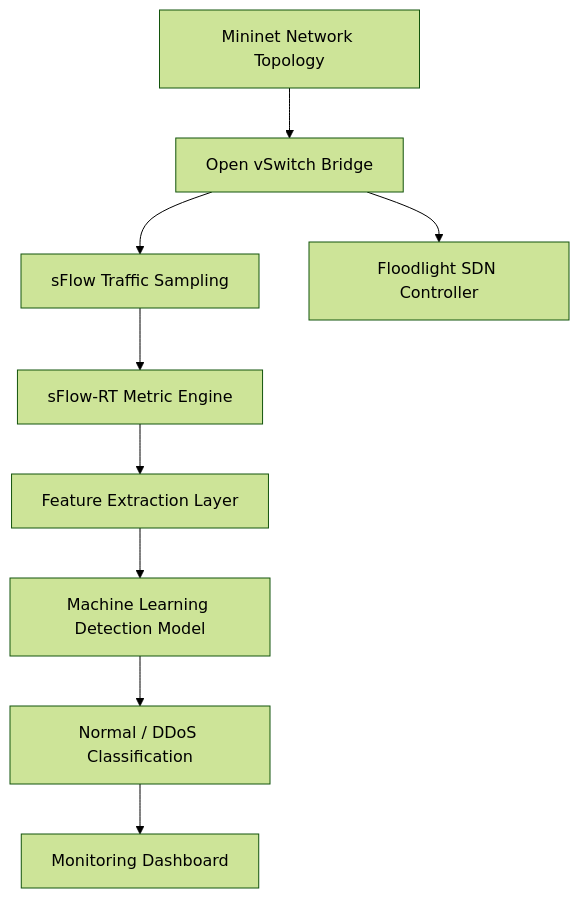
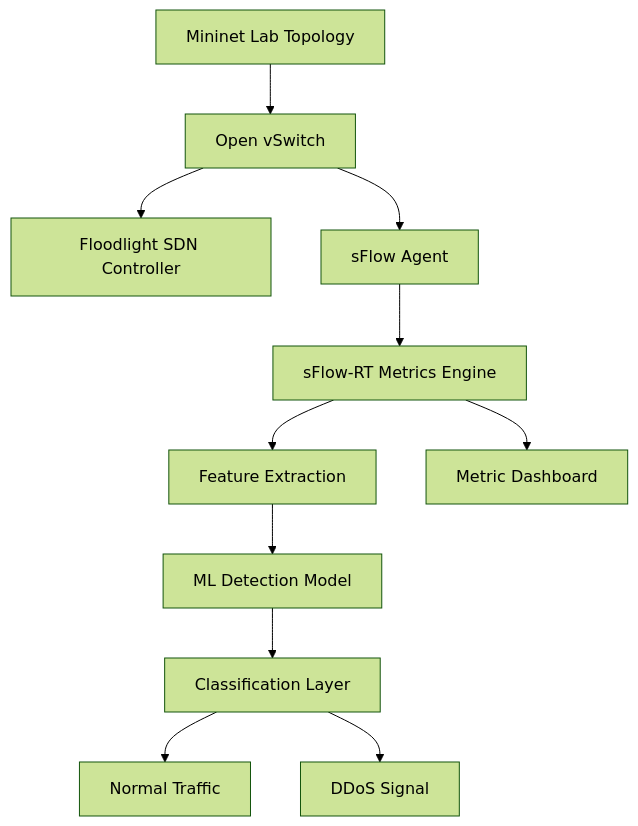
Before and after one commit to ns7523/DDoS-attack-in-IoT-Real-Time: the first of 4 diagrams in README.md, drawn with Mermaid (forest theme). The commit also changed other lines of this file, not shown here.

````diff
--- a/README.md
+++ b/README.md
@@ -45,11 +80,13 @@
 ```mermaid
 flowchart TD
-    A[Mininet Network Topology] --> B[Open vSwitch Bridge]
-    B --> C[sFlow Traffic Sampling]
-    C --> D[sFlow-RT Metric Engine]
-    B --> E[Floodlight SDN Controller]
-    D --> F[Feature Extraction Layer]
-    F --> G[Machine Learning Detection Model]
-    G --> H[Normal / DDoS Classification]
-    H --> I[Monitoring Dashboard]
+    A[Mininet Lab Topology] --> B[Open vSwitch]
+    B --> C[Floodlight SDN Controller]
+    B --> D[sFlow Agent]
+    D --> E[sFlow-RT Metrics Engine]
+    E --> F[Feature Extraction]
+    F --> G[ML Detection Model]
+    G --> H[Classification Layer]
+    H --> I[Normal Traffic]
+    H --> J[DDoS Signal]
+    E --> K[Metric Dashboard]
 ```
````
